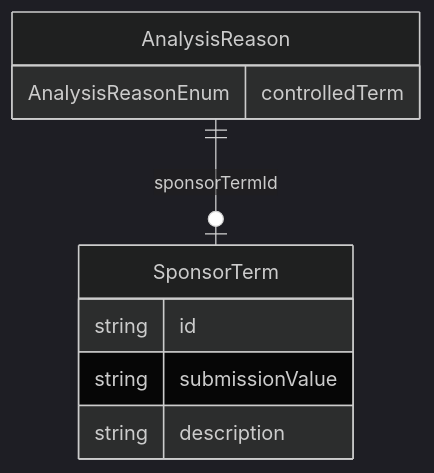
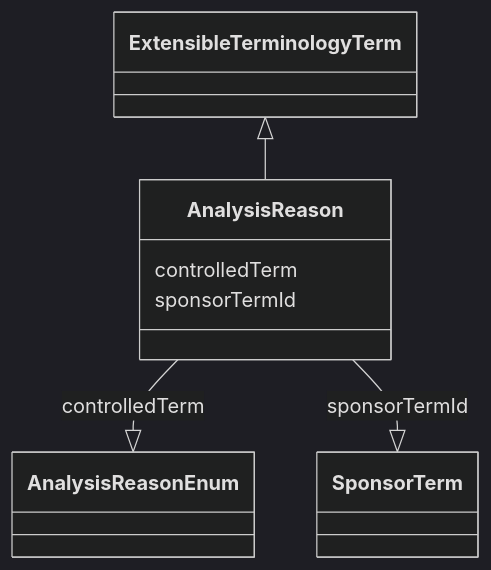
Before and after one commit to cdisc-org/analysis-results-standard: the diagram in project/docs/AnalysisReason.md, drawn with Mermaid (dark theme). The commit also changed 256 other files, not shown here.

Commit message:
Documentation diagrams

````diff
--- a/project/docs/AnalysisReason.md
+++ b/project/docs/AnalysisReason.md
@@ -13,14 +15,15 @@
 ```mermaid
-erDiagram
-AnalysisReason {
-    AnalysisReasonEnum controlledTerm  
-}
-SponsorTerm {
-    string id  
-    string submissionValue  
-    string description  
-}
-
-AnalysisReason ||--|o SponsorTerm : "sponsorTermId"
-
+ classDiagram
+    class AnalysisReason
+      ExtensibleTerminologyTerm <|-- AnalysisReason
+      
+      AnalysisReason : controlledTerm
+        
+          AnalysisReason --|> AnalysisReasonEnum : controlledTerm
+        
+      AnalysisReason : sponsorTermId
+        
+          AnalysisReason --|> SponsorTerm : sponsorTermId
+        
+      
 ```
````
